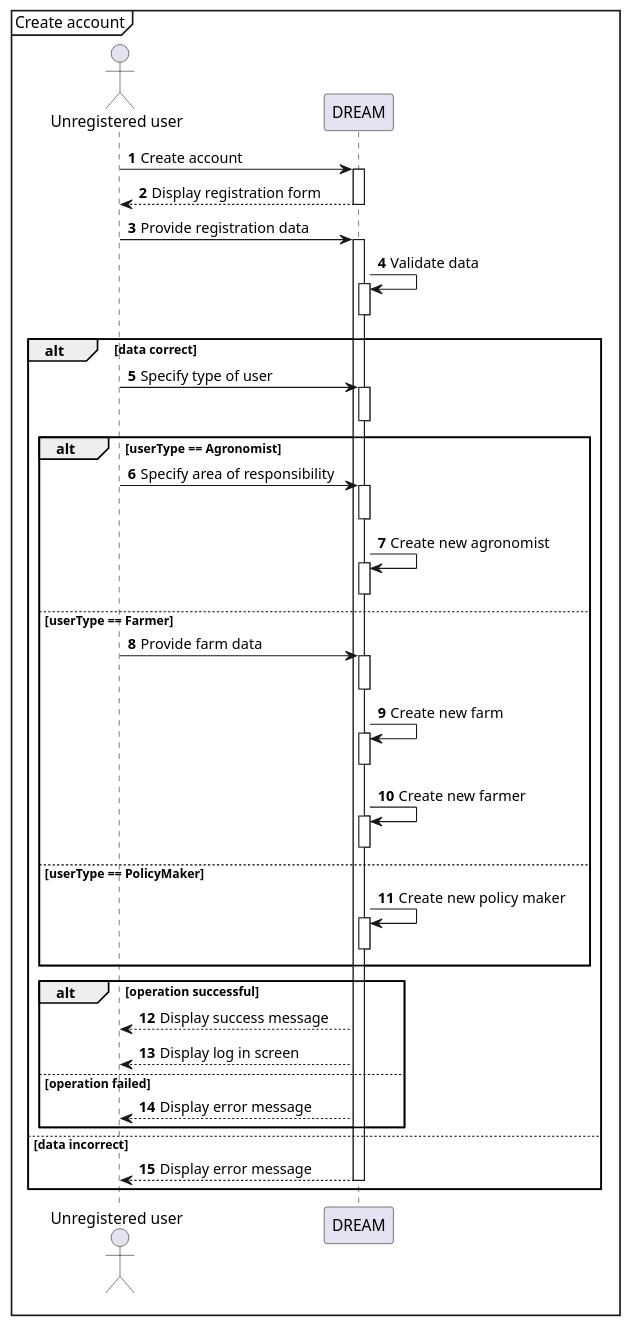
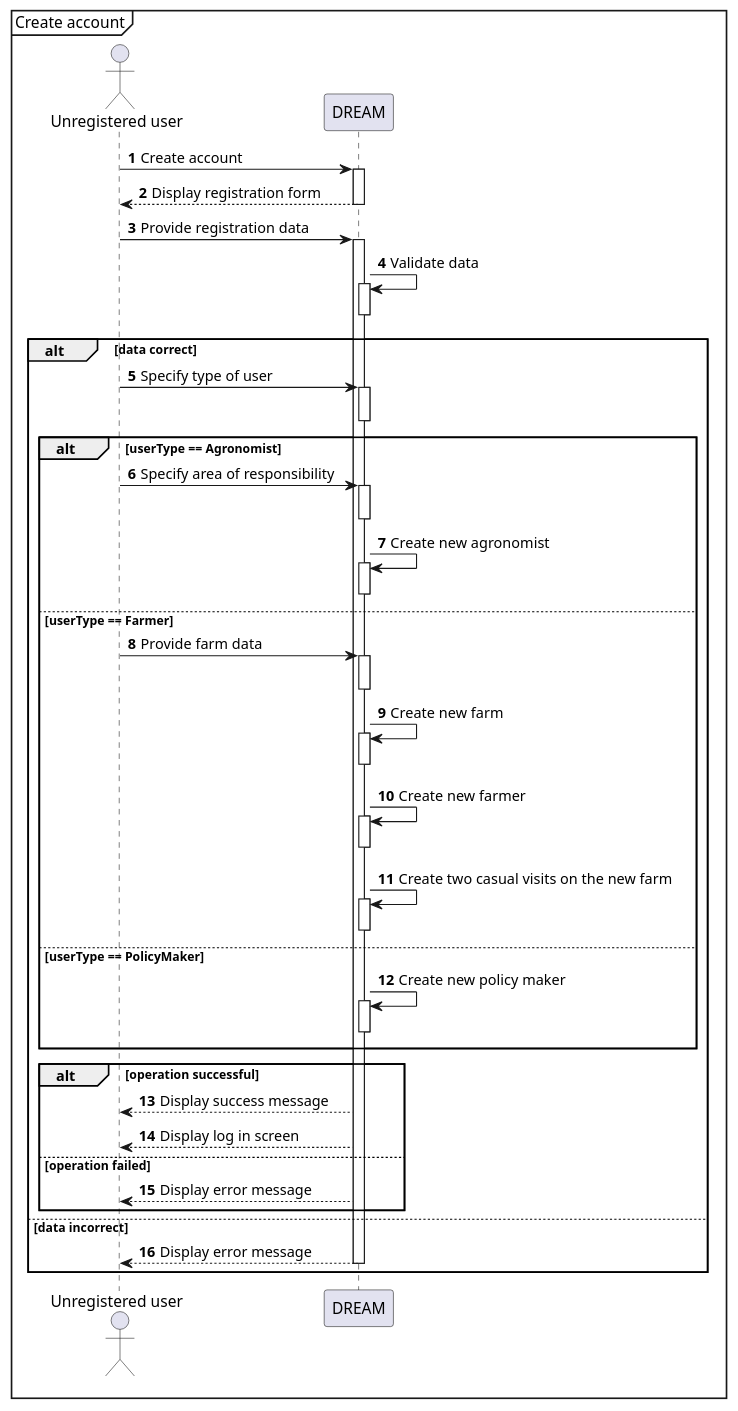
The diagram in RASD/uml/sequence/create_account.puml (Astenna/DREAM), drawn with PlantUML before and after one commit.

Commit message:
Added visits creation to create_account sequence diagram

```diff
--- a/RASD/uml/sequence/create_account.puml
+++ b/RASD/uml/sequence/create_account.puml
@@ -1,50 +1,52 @@
 @startuml Create Account
 
 mainframe Create account
 autonumber
 
 actor "Unregistered user" as Unreg
 participant DREAM
 
 Unreg -> DREAM++: Create account
 DREAM --> Unreg--: Display registration form
 
 Unreg -> DREAM++: Provide registration data
 
 DREAM -> DREAM++: Validate data
 deactivate DREAM
 
 alt data correct
     Unreg -> DREAM++: Specify type of user
     deactivate DREAM
     alt userType == Agronomist
         Unreg -> DREAM++: Specify area of responsibility
         deactivate DREAM
 
         DREAM -> DREAM++: Create new agronomist
         deactivate DREAM
     else userType == Farmer
         Unreg -> DREAM++: Provide farm data
         deactivate DREAM
 
         DREAM -> DREAM++: Create new farm
         deactivate DREAM
         DREAM -> DREAM++: Create new farmer
         deactivate DREAM
+        DREAM -> DREAM++: Create two casual visits on the new farm
+        deactivate DREAM
     else userType == PolicyMaker
         DREAM -> DREAM++: Create new policy maker
         deactivate DREAM
     end
 
     alt operation successful
         DREAM --> Unreg : Display success message
         DREAM --> Unreg : Display log in screen
     else operation failed
         DREAM --> Unreg : Display error message
     end
 
 else data incorrect
     DREAM --> Unreg--: Display error message
 end
 
 @enduml
```
